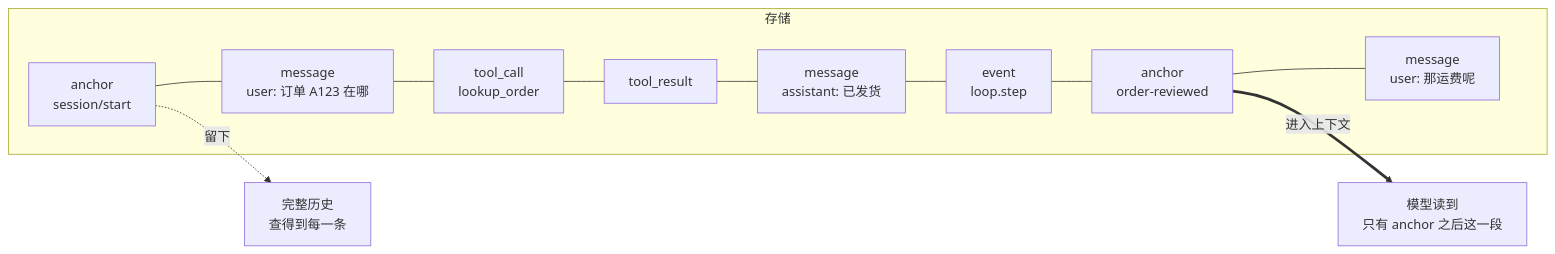
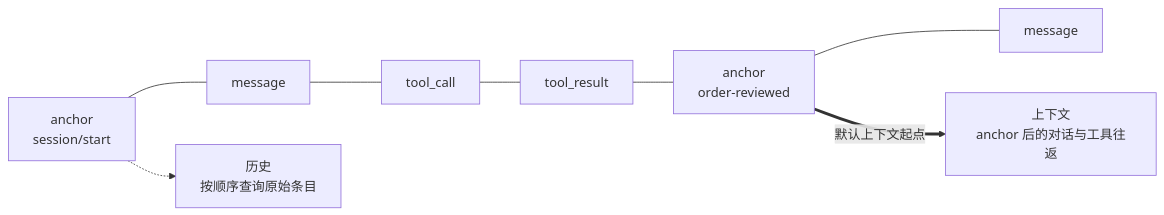
The diagram in website/src/content/docs/zh-cn/docs/concepts/tape.mdx (bubbuild/bub), drawn with Mermaid before and after one commit. The commit also changed other lines of this file and 74 other files, not shown here.

````diff
--- a/website/src/content/docs/zh-cn/docs/concepts/tape.mdx
+++ b/website/src/content/docs/zh-cn/docs/concepts/tape.mdx
@@ -18,17 +16,6 @@
 ```mermaid
 flowchart LR
-  subgraph store["存储"]
-    E1["anchor<br/>session/start"]
-    E2["message<br/>user: 订单 A123 在哪"]
-    E3["tool_call<br/>lookup_order"]
-    E4["tool_result"]
-    E5["message<br/>assistant: 已发货"]
-    E6["event<br/>loop.step"]
-    E7["anchor<br/>order-reviewed"]
-    E8["message<br/>user: 那运费呢"]
-    E1 --- E2 --- E3 --- E4 --- E5 --- E6 --- E7 --- E8
-  end
-
-  E1 -.->|"留下"| A["完整历史<br/>查得到每一条"]
-  E7 ==>|"进入上下文"| B["模型读到<br/>只有 anchor 之后这一段"]
+  E1["anchor<br/>session/start"] --- E2["message"] --- E3["tool_call"] --- E4["tool_result"] --- E5["anchor<br/>order-reviewed"] --- E6["message"]
+  E1 -.-> A["历史<br/>按顺序查询原始条目"]
+  E5 ==>|"默认上下文起点"| B["上下文<br/>anchor 后的对话与工具往返"]
 ```
````
